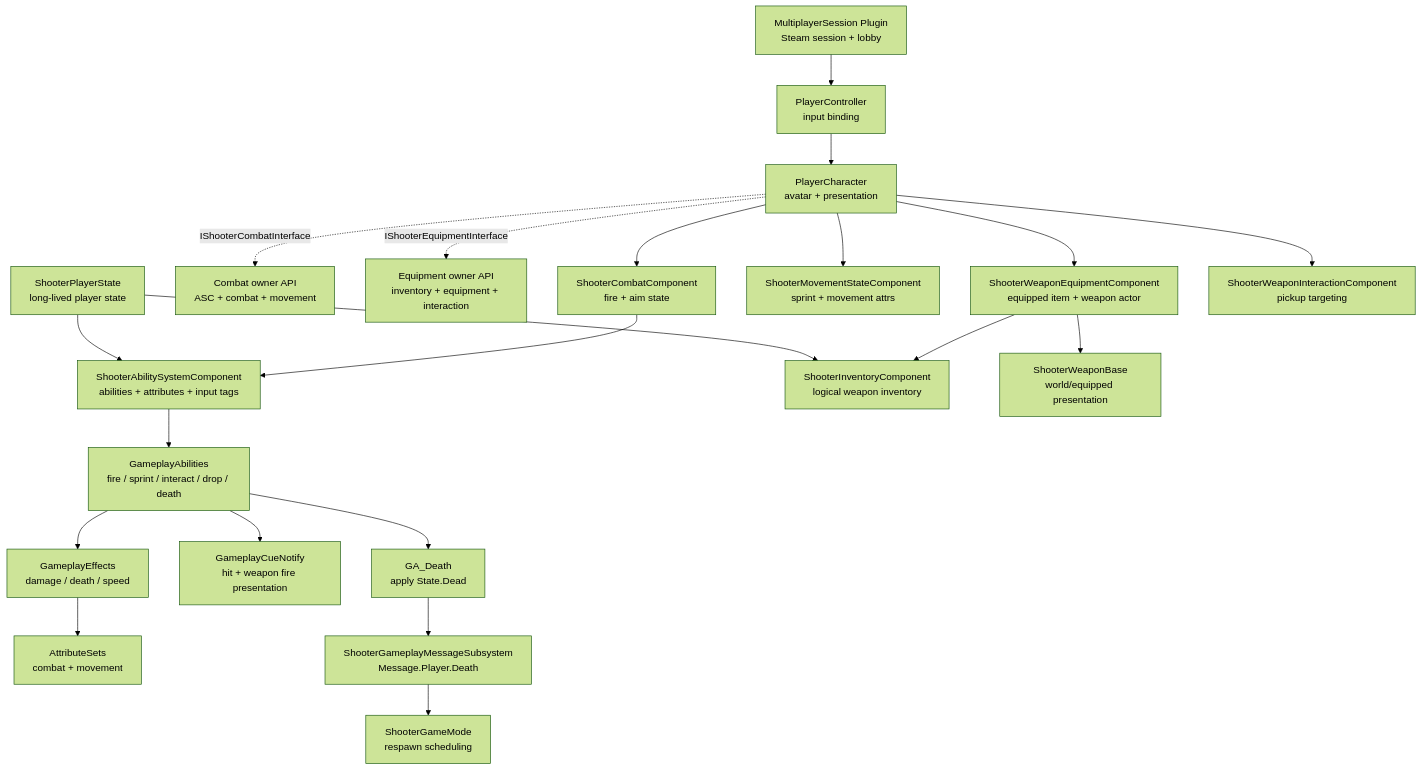
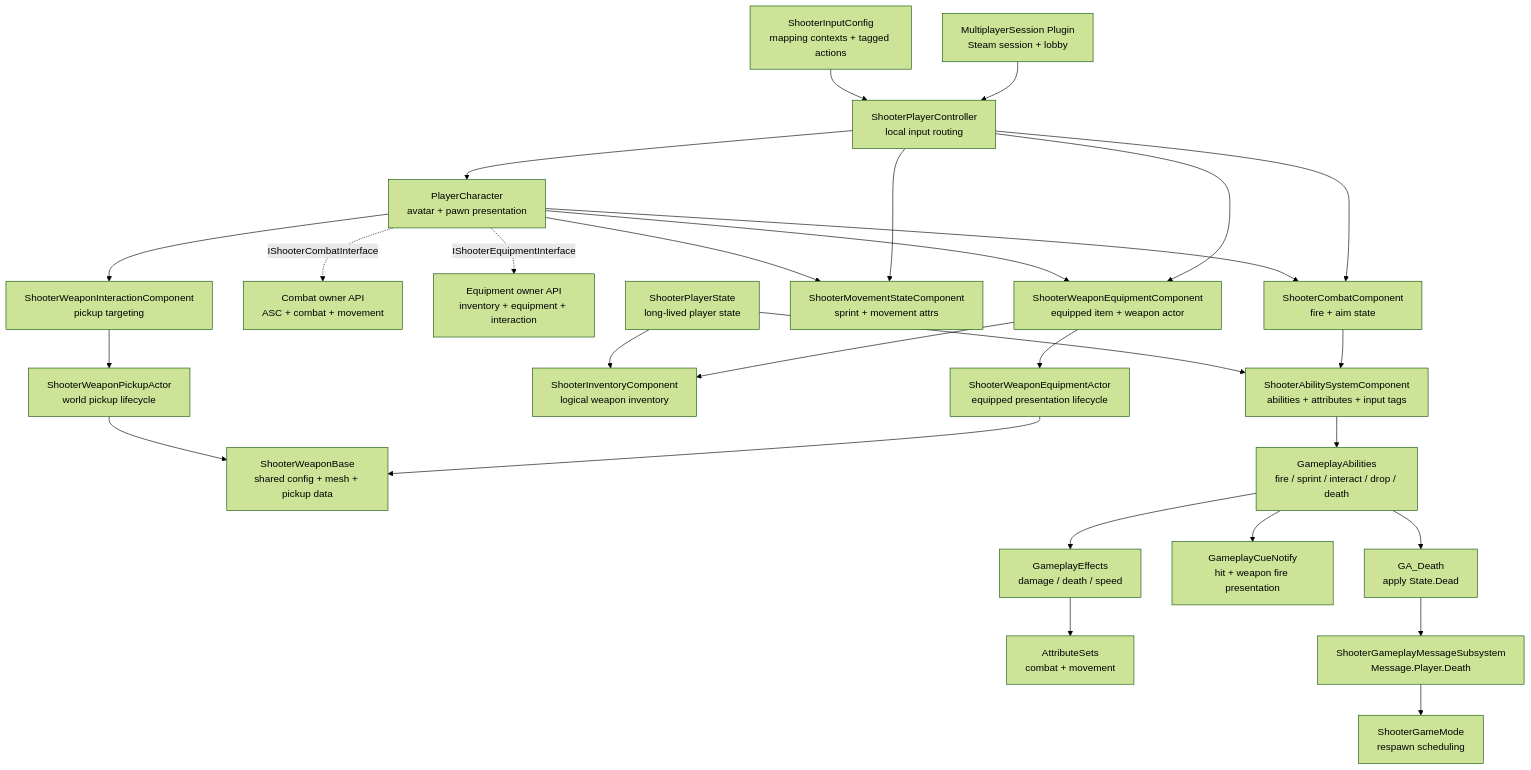
Before and after one commit to Ethan-Lian/ShooterGame: the diagram in README.md, drawn with Mermaid (forest theme). The commit also changed other lines of this file, not shown here.

Commit message:
docs: update architecture cleanup overview

````diff
--- a/README.md
+++ b/README.md
@@ -72,23 +77,30 @@
 ```mermaid
 flowchart TD
-    PC["PlayerController<br/>input binding"] --> CH["PlayerCharacter<br/>avatar + presentation"]
+    INPUT["ShooterInputConfig<br/>mapping contexts + tagged actions"] --> PC["ShooterPlayerController<br/>local input routing"]
+    PC --> CH["PlayerCharacter<br/>avatar + pawn presentation"]
     PS["ShooterPlayerState<br/>long-lived player state"] --> ASC["ShooterAbilitySystemComponent<br/>abilities + attributes + input tags"]
     PS --> INV["ShooterInventoryComponent<br/>logical weapon inventory"]
     CH -. "IShooterCombatInterface" .-> COMBAT_IF["Combat owner API<br/>ASC + combat + movement"]
     CH -. "IShooterEquipmentInterface" .-> EQUIP_IF["Equipment owner API<br/>inventory + equipment + interaction"]
     CH --> COMBAT["ShooterCombatComponent<br/>fire + aim state"]
     CH --> MOVE["ShooterMovementStateComponent<br/>sprint + movement attrs"]
     CH --> EQUIP["ShooterWeaponEquipmentComponent<br/>equipped item + weapon actor"]
     CH --> INTERACT["ShooterWeaponInteractionComponent<br/>pickup targeting"]
     EQUIP --> INV
-    EQUIP --> WEAPON["ShooterWeaponBase<br/>world/equipped presentation"]
+    INTERACT --> PICKUP["ShooterWeaponPickupActor<br/>world pickup lifecycle"]
+    EQUIP --> EQUIPPED["ShooterWeaponEquipmentActor<br/>equipped presentation lifecycle"]
+    PICKUP --> WEAPONBASE["ShooterWeaponBase<br/>shared config + mesh + pickup data"]
+    EQUIPPED --> WEAPONBASE
     COMBAT --> ASC
+    PC --> COMBAT
+    PC --> MOVE
+    PC --> EQUIP
     ASC --> ABILITY["GameplayAbilities<br/>fire / sprint / interact / drop / death"]
     ABILITY --> EFFECT["GameplayEffects<br/>damage / death / speed"]
     EFFECT --> ATTR["AttributeSets<br/>combat + movement"]
     ABILITY --> CUE["GameplayCueNotify<br/>hit + weapon fire presentation"]
     ABILITY --> DEATH["GA_Death<br/>apply State.Dead"]
     DEATH --> MSG["ShooterGameplayMessageSubsystem<br/>Message.Player.Death"]
     MSG --> GM["ShooterGameMode<br/>respawn scheduling"]
     SESSION["MultiplayerSession Plugin<br/>Steam session + lobby"] --> PC
 ```
````
